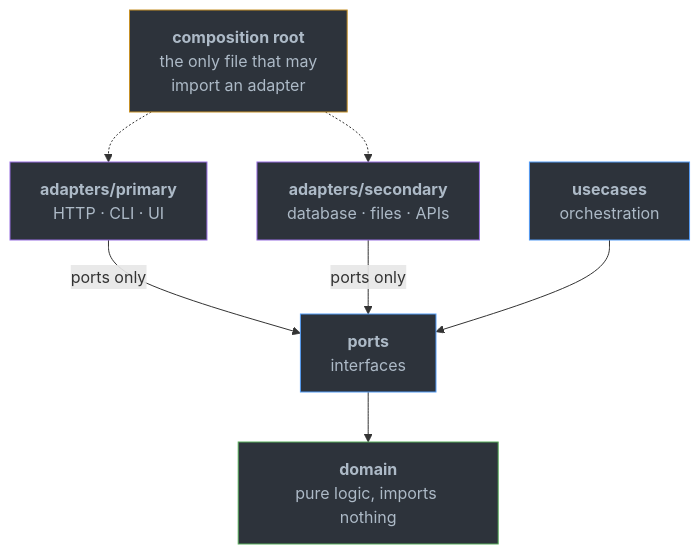
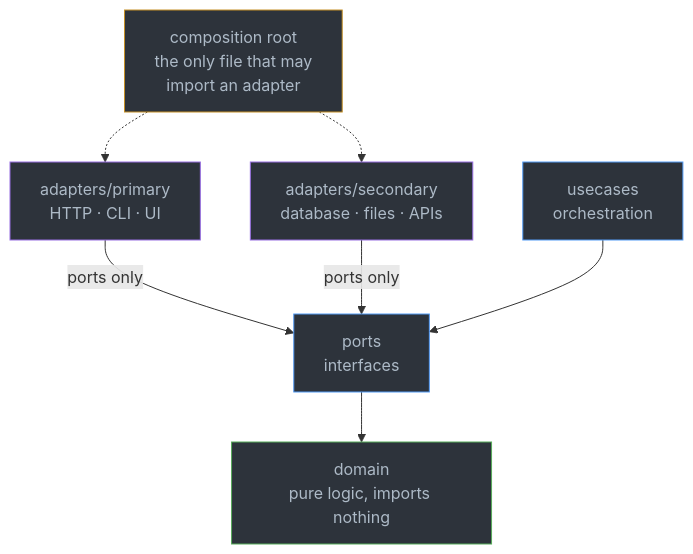
The fourth of 4 diagrams in README.md (gaberger/hex), drawn with Mermaid before and after one commit. The commit also changed other lines of this file and 2 other files, not shown here.

````diff
--- a/README.md
+++ b/README.md
@@ -140,23 +140,23 @@
 ```mermaid
 flowchart TB
-    PA["<b>adapters/primary</b><br/>HTTP &middot; CLI &middot; UI"]
-    SA["<b>adapters/secondary</b><br/>database &middot; files &middot; APIs"]
-    U["<b>usecases</b><br/>orchestration"]
-    P["<b>ports</b><br/>interfaces"]
-    D["<b>domain</b><br/>pure logic, imports nothing"]
-    CR["<b>composition root</b><br/>the only file that may<br/>import an adapter"]
+    PA["adapters/primary<br/>HTTP · CLI · UI"]
+    SA["adapters/secondary<br/>database · files · APIs"]
+    U["usecases<br/>orchestration"]
+    P["ports<br/>interfaces"]
+    D["domain<br/>pure logic, imports nothing"]
+    CR["composition root<br/>the only file that may<br/>import an adapter"]
 
     PA -->|"ports only"| P
     SA -->|"ports only"| P
     U --> P
     P --> D
     CR -.-> PA
     CR -.-> SA
 
     style D fill:#2d333b,stroke:#57ab5a,color:#adbac7
     style P fill:#2d333b,stroke:#539bf5,color:#adbac7
     style U fill:#2d333b,stroke:#539bf5,color:#adbac7
     style PA fill:#2d333b,stroke:#986ee2,color:#adbac7
     style SA fill:#2d333b,stroke:#986ee2,color:#adbac7
     style CR fill:#2d333b,stroke:#c69026,color:#adbac7
 ```
````
